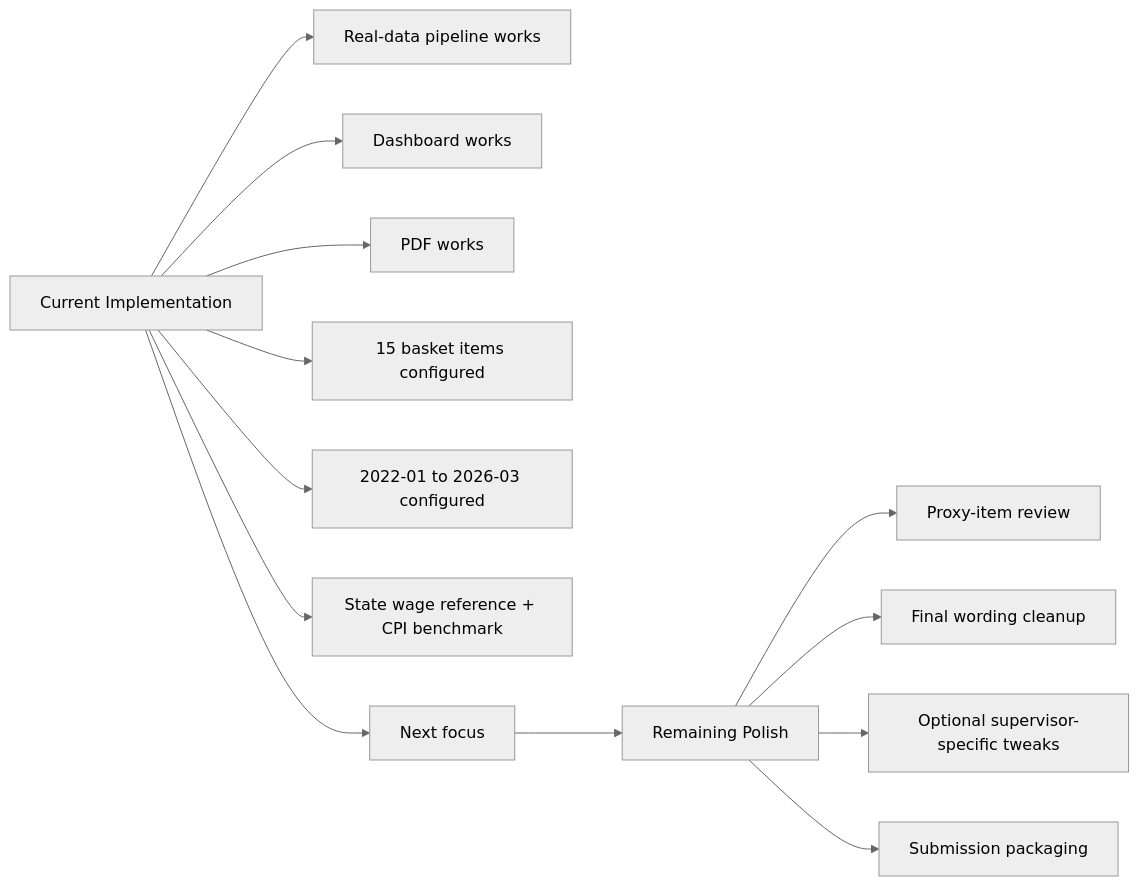
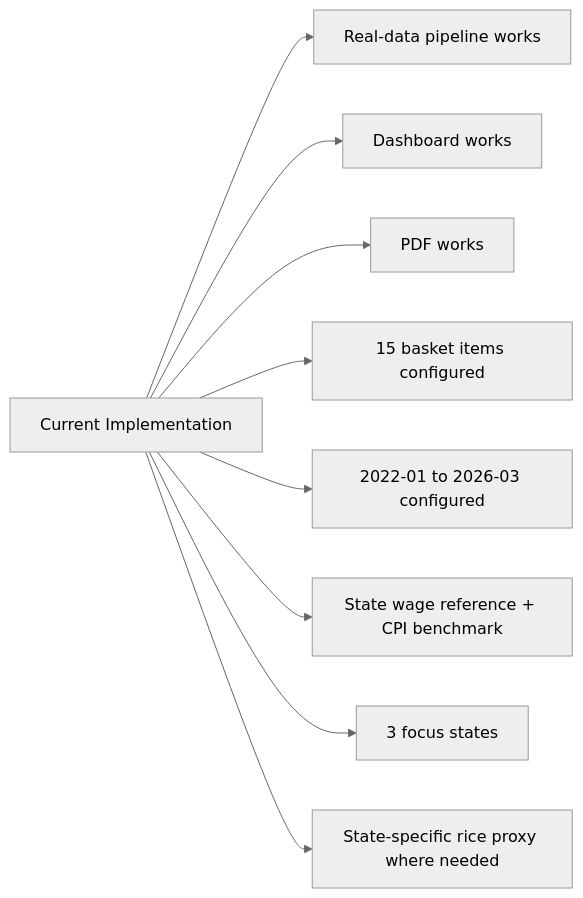
One commit to ProfFariz/BakulB40 changed the fourth of 5 diagrams in docs/project_overview.md. Above: the diagram before and after it, drawn with Mermaid (neutral theme). The commit also changed other lines of this file and 10 other files, not shown here.

````diff
--- a/docs/project_overview.md
+++ b/docs/project_overview.md
@@ -103,17 +103,11 @@
 ```mermaid
 flowchart LR
   A["Current Implementation"] --> A1["Real-data pipeline works"]
   A --> A2["Dashboard works"]
   A --> A3["PDF works"]
   A --> A4["15 basket items configured"]
   A --> A5["2022-01 to 2026-03 configured"]
   A --> A6["State wage reference + CPI benchmark"]
-
-  B["Remaining Polish"] --> B1["Proxy-item review"]
-  B --> B2["Final wording cleanup"]
-  B --> B3["Optional supervisor-specific tweaks"]
-  B --> B4["Submission packaging"]
-
-  A --> C["Next focus"]
-  C --> B
+  A --> A7["3 focus states"]
+  A --> A8["State-specific rice proxy where needed"]
 ```
````
